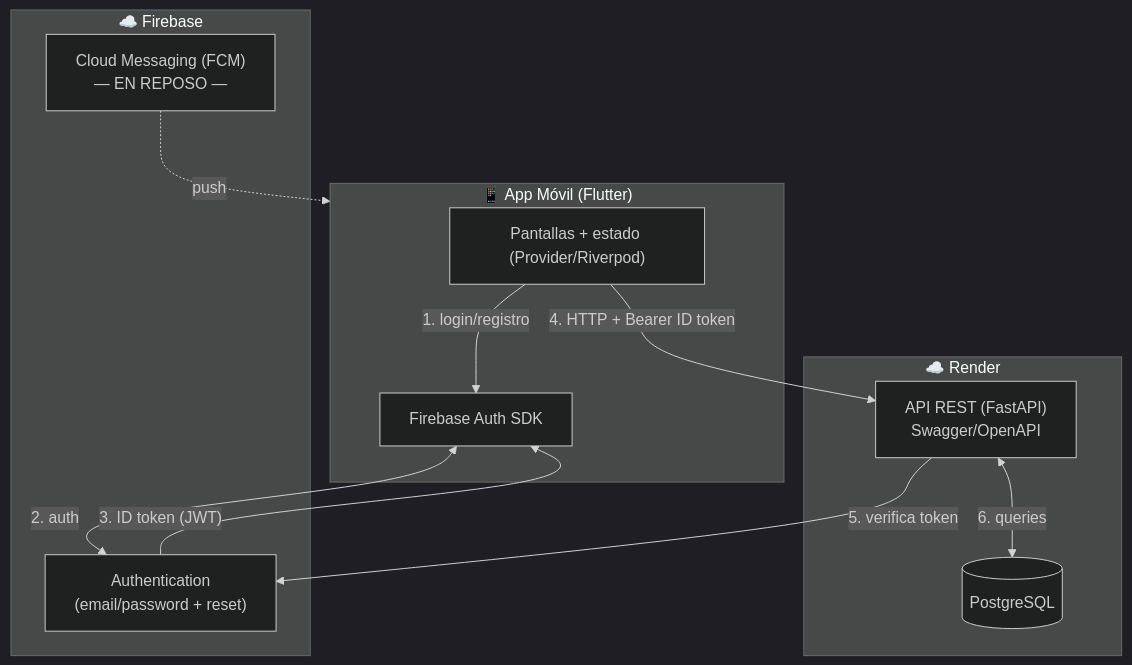
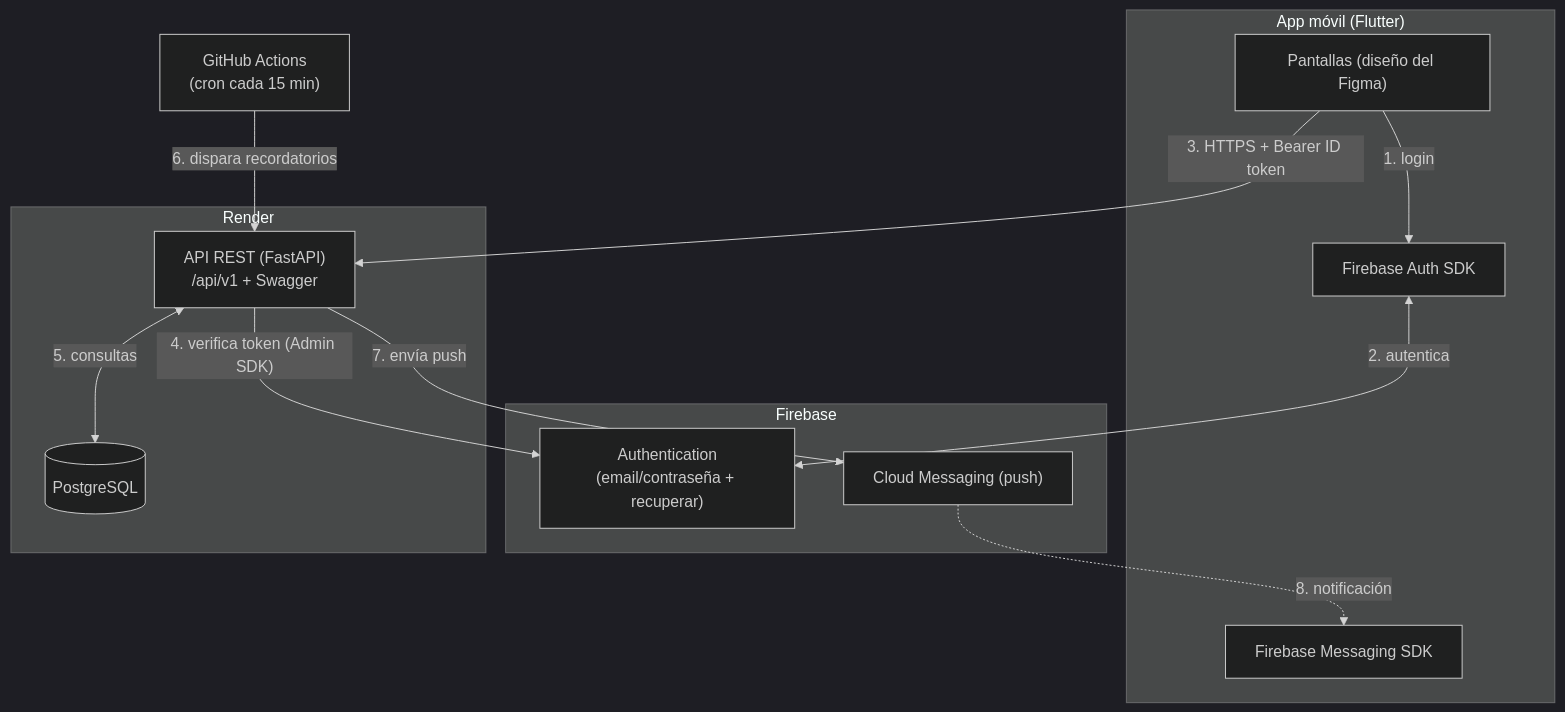
One commit to Martiherenu1/ClubMartinianoHerenu changed the diagram in docs/arquitectura.md. Above: the diagram before and after it, drawn with Mermaid (dark theme). The commit also changed other lines of this file, not shown here.

First line of the commit message:
docs: actualizar arquitectura y endpoints /api/v1

````diff
--- a/docs/arquitectura.md
+++ b/docs/arquitectura.md
@@ -5,25 +8,29 @@
 ```mermaid
 flowchart TB
-    subgraph Celular["📱 App Móvil (Flutter)"]
-        UI["Pantallas + estado (Provider/Riverpod)"]
+    subgraph Celular["App móvil (Flutter)"]
+        UI["Pantallas (diseño del Figma)"]
         FBsdk["Firebase Auth SDK"]
+        FCMsdk["Firebase Messaging SDK"]
     end
 
-    subgraph Firebase["☁️ Firebase"]
-        Auth["Authentication\n(email/password + reset)"]
-        FCM["Cloud Messaging (FCM)\n— EN REPOSO —"]
+    subgraph Firebase["Firebase"]
+        Auth["Authentication\n(email/contraseña + recuperar)"]
+        FCM["Cloud Messaging (push)"]
     end
 
-    subgraph Render["☁️ Render"]
-        API["API REST (FastAPI)\nSwagger/OpenAPI"]
+    subgraph Render["Render"]
+        API["API REST (FastAPI)\n/api/v1 + Swagger"]
         DB[("PostgreSQL")]
     end
 
-    UI -->|"1. login/registro"| FBsdk
-    FBsdk <-->|"2. auth"| Auth
-    Auth -->|"3. ID token (JWT)"| FBsdk
-    UI -->|"4. HTTP + Bearer ID token"| API
-    API -->|"5. verifica token"| Auth
-    API <-->|"6. queries"| DB
-    FCM -. push .-> Celular
+    GHA["GitHub Actions\n(cron cada 15 min)"]
+
+    UI -->|"1. login"| FBsdk
+    FBsdk <-->|"2. autentica"| Auth
+    UI -->|"3. HTTPS + Bearer ID token"| API
+    API -->|"4. verifica token (Admin SDK)"| Auth
+    API <-->|"5. consultas"| DB
+    GHA -->|"6. dispara recordatorios"| API
+    API -->|"7. envía push"| FCM
+    FCM -.->|"8. notificación"| FCMsdk
 ```
````
